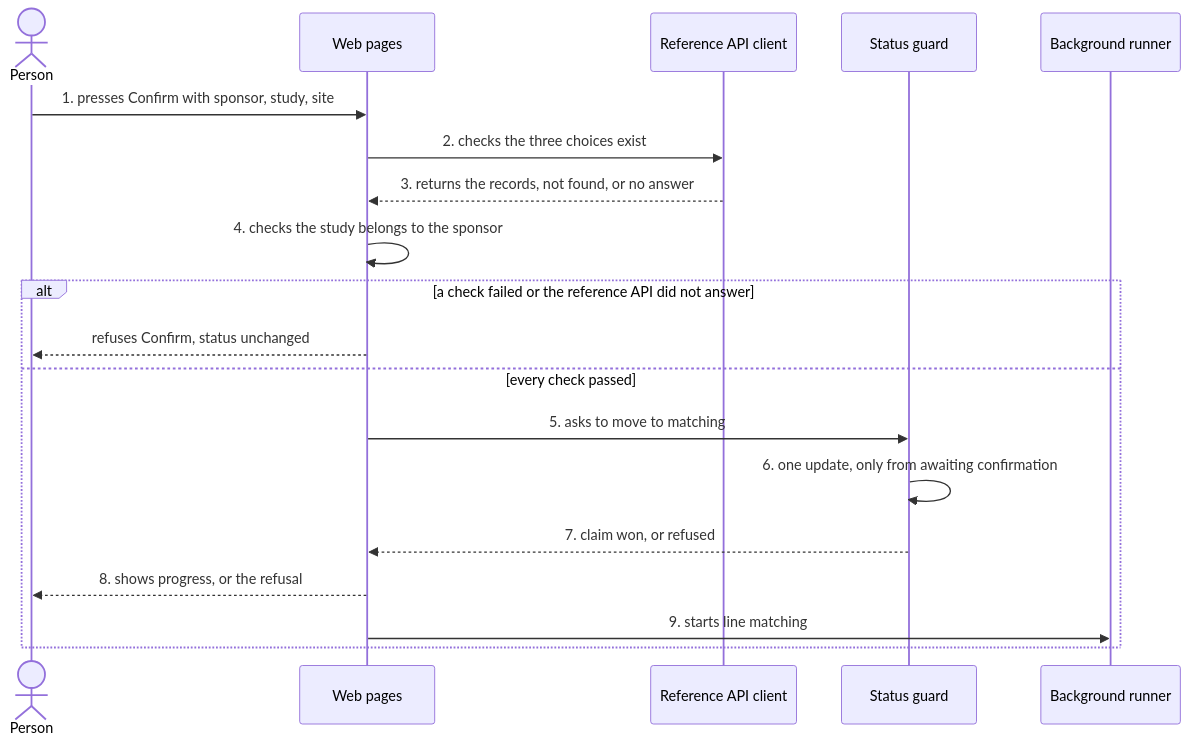
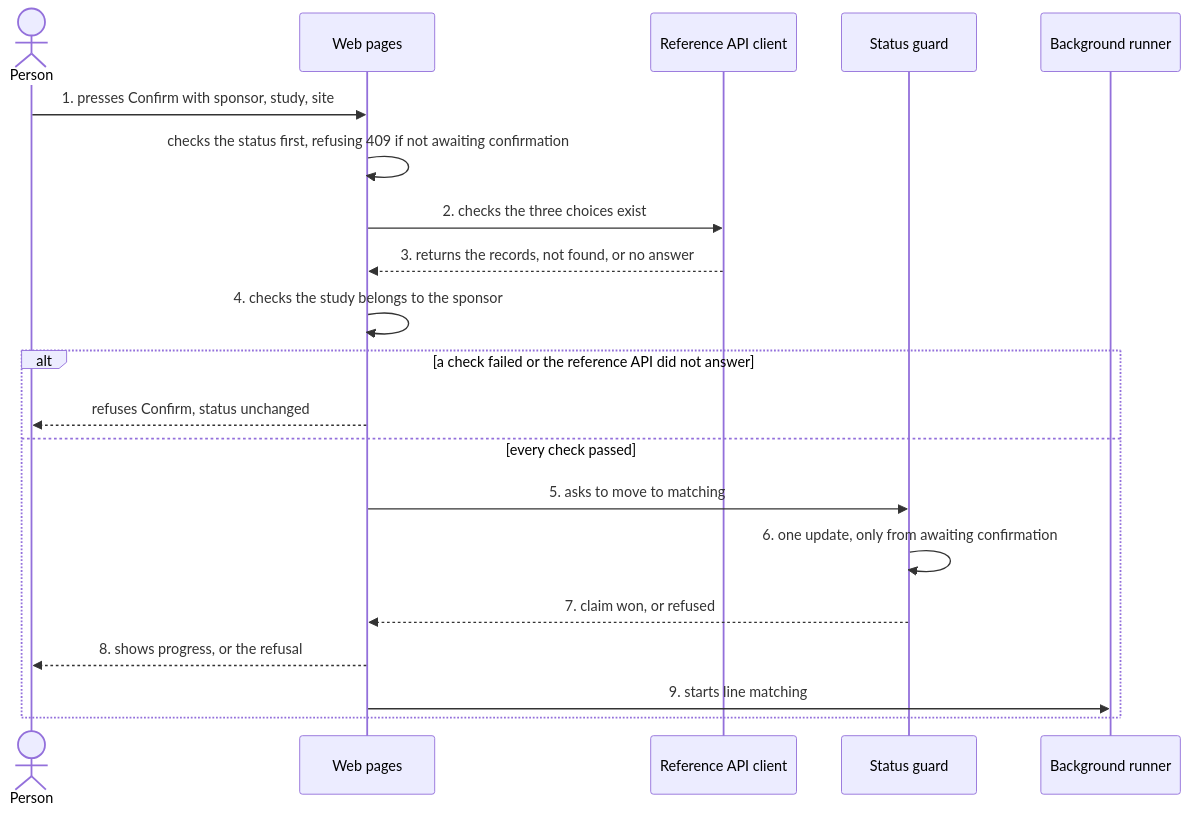
The fifth of 14 diagrams in docs/ARCHITECTURE.md (lucycchi/ai-invoice-ingestion-platform), drawn with Mermaid before and after one commit. The commit also changed other lines of this file and 2 other files, not shown here.

First line of the commit message:
docs: README and architecture brought up to date after the milestone 4 reviews

````diff
--- a/docs/ARCHITECTURE.md
+++ b/docs/ARCHITECTURE.md
@@ -326,22 +326,23 @@
 ```mermaid
 sequenceDiagram
     actor U as Person
     participant P as Web pages
     participant A as Reference API client
     participant G as Status guard
     participant R as Background runner
 
     U->>P: 1. presses Confirm with sponsor, study, site
+    P->>P: checks the status first, refusing 409 if not awaiting confirmation
     P->>A: 2. checks the three choices exist
     A-->>P: 3. returns the records, not found, or no answer
     P->>P: 4. checks the study belongs to the sponsor
     alt a check failed or the reference API did not answer
         P-->>U: refuses Confirm, status unchanged
     else every check passed
         P->>G: 5. asks to move to matching
         G->>G: 6. one update, only from awaiting confirmation
         G-->>P: 7. claim won, or refused
         P-->>U: 8. shows progress, or the refusal
         P->>R: 9. starts line matching
     end
 ```
````
